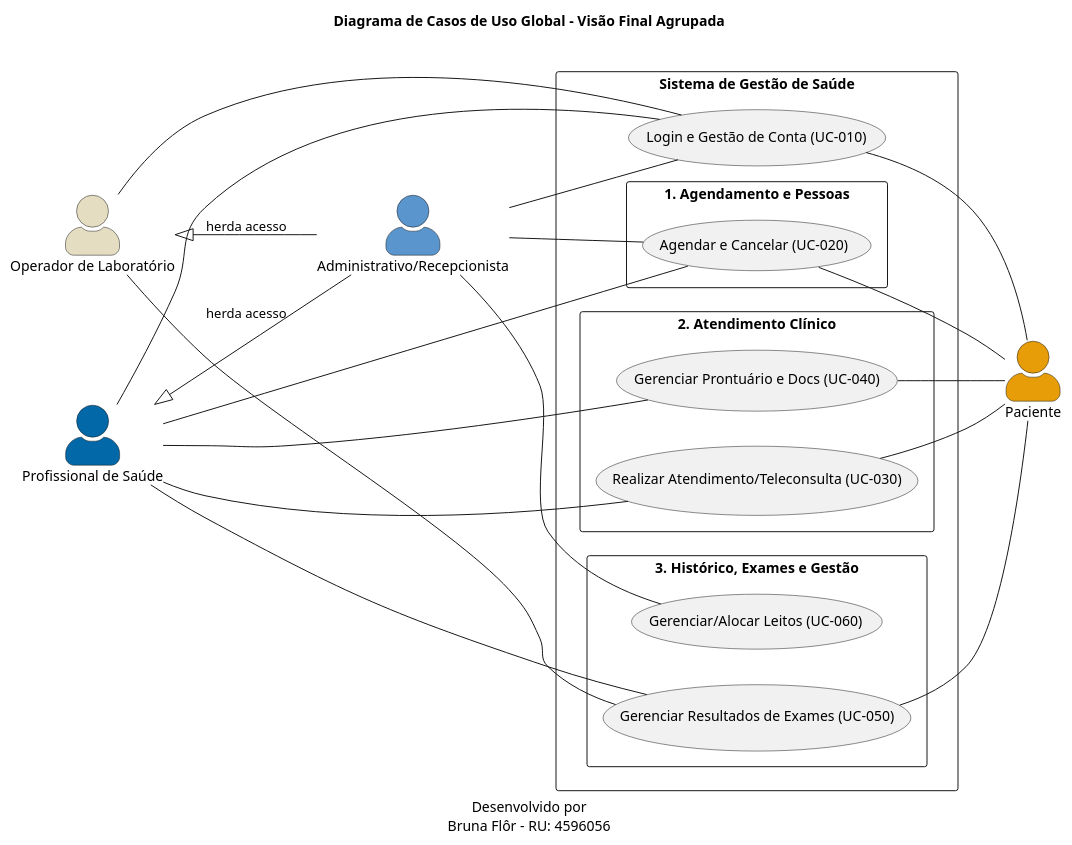
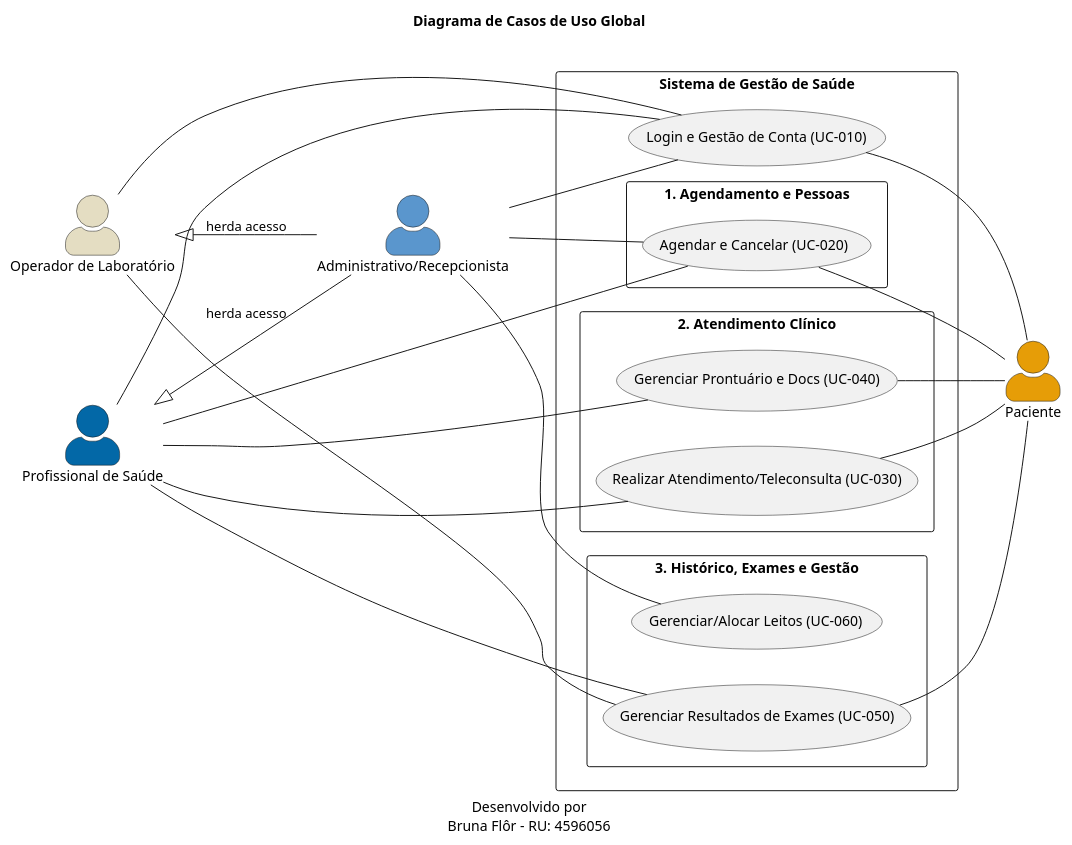
One commit to bruflor/sghss-next-app changed the diagram in docs/diagrams/use-case/use-cases.puml. Above: the diagram before and after it, drawn with PlantUML. The commit also changed 7 other files, not shown here.

```diff
--- a/docs/diagrams/use-case/use-cases.puml
+++ b/docs/diagrams/use-case/use-cases.puml
@@ -1,70 +1,70 @@
 @startuml Casos_de_Uso_Global_Final
 
-title Diagrama de Casos de Uso Global - Visão Final Agrupada
+title Diagrama de Casos de Uso Global
 
 caption
 Desenvolvido por
 Bruna Flôr - RU: 4596056
 end caption
 
 
 left to right direction
 skinparam packageStyle rectangle
 skinparam actorStyle awesome
 
 actor #0368A7 "Profissional de Saúde" as Prof
 actor #5A96CD "Administrativo/Recepcionista" as Admin
 actor #e4ddc2 "Operador de Laboratório" as Lab
 
 Prof <|-- Admin : herda acesso
 Lab <|-- Admin : herda acesso
 
 ' Ator à direita
 actor #E69D07 Paciente as Pac
 
 rectangle "Sistema de Gestão de Saúde" {
 
     usecase "Login e Gestão de Conta (UC-010)" as UC_Login
 
     package "1. Agendamento e Pessoas" {
         usecase "Agendar e Cancelar (UC-020)" as UC_Ag
     }
 
     package "2. Atendimento Clínico" {
         usecase "Realizar Atendimento/Teleconsulta (UC-030)" as UC_Tele
         usecase "Gerenciar Prontuário e Docs (UC-040)" as UC_ProntDocs
     }
 
     package "3. Histórico, Exames e Gestão" {
         usecase "Gerenciar Resultados de Exames (UC-050)" as UC_Exames
         usecase "Gerenciar/Alocar Leitos (UC-060)" as UC_Leitos
     }
 }
 
 
 ' Login (UC-010)
 Prof -- UC_Login
 Admin -- UC_Login
 Lab -- UC_Login
 
 ' Agendamento (UC-020)
 Prof -- UC_Ag
 Admin -- UC_Ag
 
 ' Atendimento (UC-030, UC-040)
 Prof -- UC_Tele
 Prof -- UC_ProntDocs
 
 ' Histórico/Exames/Gestão (UC-050, UC-060)
 Prof -- UC_Exames
 Admin -- UC_Leitos
 Lab -- UC_Exames
 
 
 UC_Login -- Pac
 UC_Ag -- Pac
 UC_Tele -- Pac
 UC_ProntDocs -- Pac
 UC_Exames -- Pac
 
 @enduml
```
